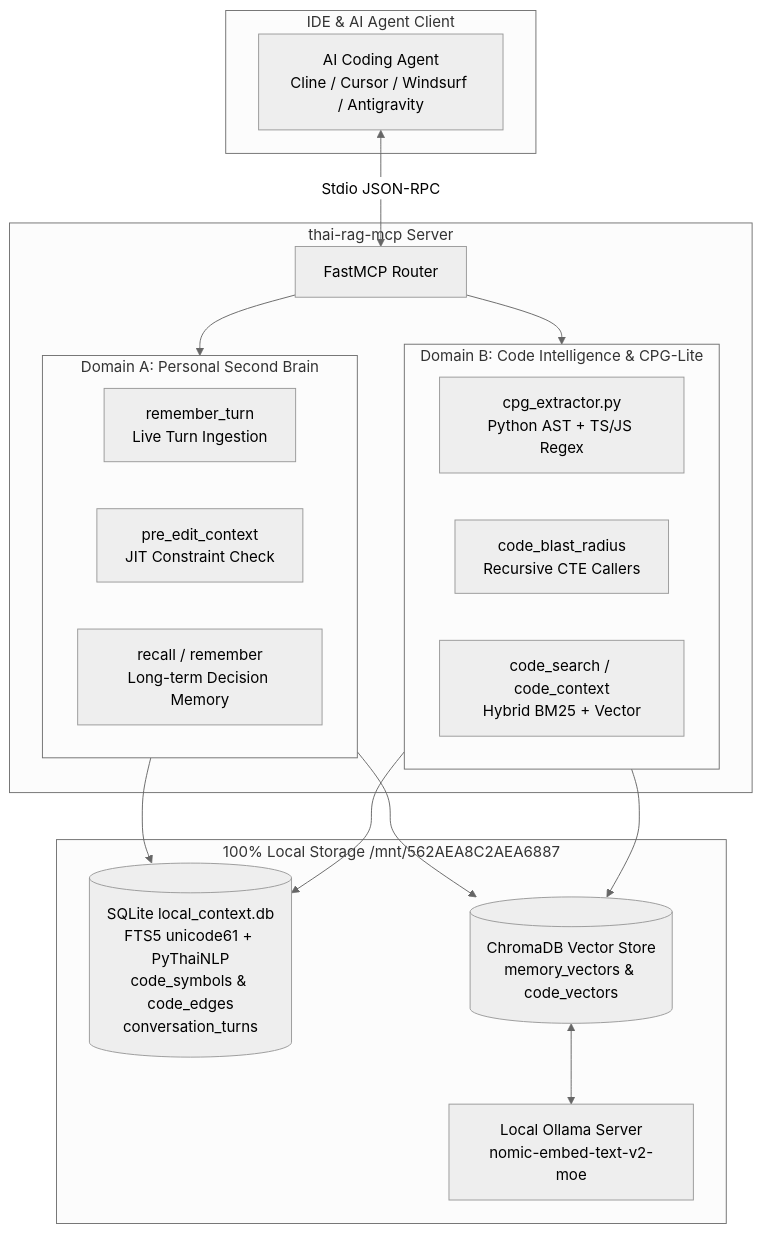
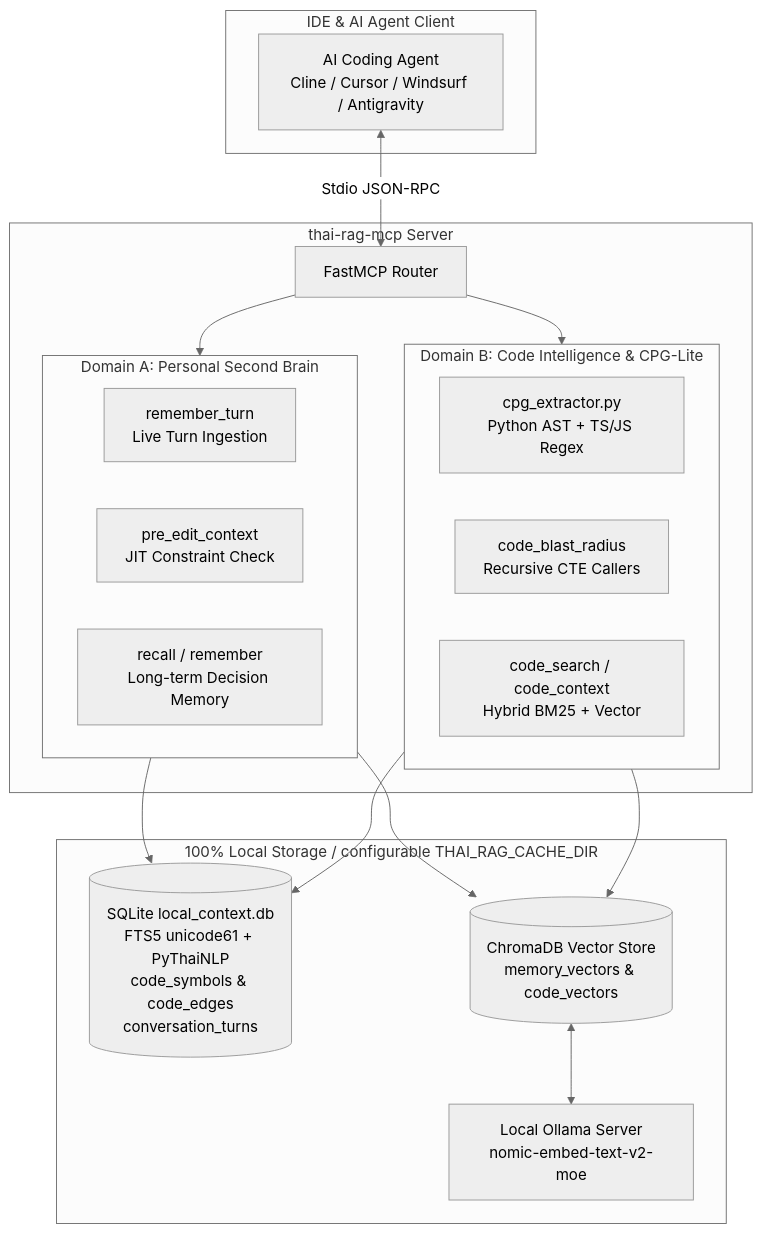
Before and after one commit to soulzerox/Unified-MPC-Server: the diagram in README.md, drawn with Mermaid (neutral theme). The commit also changed other lines of this file and 20 other files, not shown here.

````diff
--- a/README.md
+++ b/README.md
@@ -37,38 +37,38 @@
 ```mermaid
 flowchart TD
     subgraph IDE_Agent [IDE & AI Agent Client]
         Agent[AI Coding Agent\nCline / Cursor / Windsurf / Antigravity]
     end
 
     subgraph MCP_Server [thai-rag-mcp Server]
         Router[FastMCP Router]
         
         subgraph Domain_A [Domain A: Personal Second Brain]
             TurnMem[remember_turn\nLive Turn Ingestion]
             PreEdit[pre_edit_context\nJIT Constraint Check]
             RecallMem[recall / remember\nLong-term Decision Memory]
         end
 
         subgraph Domain_B [Domain B: Code Intelligence & CPG-Lite]
             CPG[cpg_extractor.py\nPython AST + TS/JS Regex]
             BlastRad[code_blast_radius\nRecursive CTE Callers]
             CodeSrch[code_search / code_context\nHybrid BM25 + Vector]
         end
     end
 
-    subgraph Storage_Layer [100% Local Storage /mnt/562AEA8C2AEA6887]
+    subgraph Storage_Layer [100% Local Storage / configurable THAI_RAG_CACHE_DIR]
         SQLite[(SQLite local_context.db\nFTS5 unicode61 + PyThaiNLP\ncode_symbols & code_edges\nconversation_turns)]
         Chroma[(ChromaDB Vector Store\nmemory_vectors & code_vectors)]
         Ollama[Local Ollama Server\nnomic-embed-text-v2-moe]
     end
 
     Agent <-->|Stdio JSON-RPC| Router
     Router --> Domain_A
     Router --> Domain_B
 
     Domain_A --> SQLite
     Domain_A --> Chroma
     Domain_B --> SQLite
     Domain_B --> Chroma
     Chroma <--> Ollama
 ```
````
